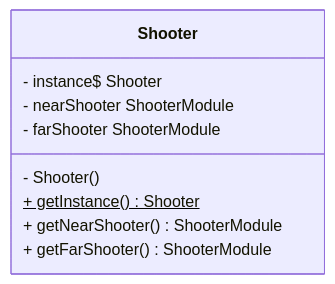
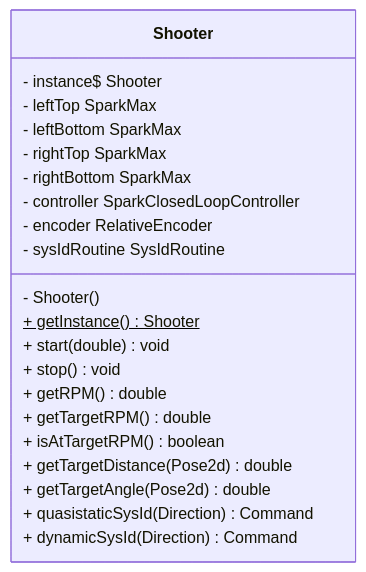
The diagram in src/uml/frc/robot/subsystems/Shooter.mmd (LakotaRobotics1038/2026RobotProject), drawn with Mermaid before and after one commit. The commit also changed 78 other files, not shown here.

Commit message:
Update uml

```diff
--- a/src/uml/frc/robot/subsystems/Shooter.mmd
+++ b/src/uml/frc/robot/subsystems/Shooter.mmd
@@ -1,12 +1,24 @@
 classDiagram
   direction LR
 
   class Shooter {
     - instance$ Shooter
-    - nearShooter ShooterModule
-    - farShooter ShooterModule
+    - leftTop SparkMax
+    - leftBottom SparkMax
+    - rightTop SparkMax
+    - rightBottom SparkMax
+    - controller SparkClosedLoopController
+    - encoder RelativeEncoder
+    - sysIdRoutine SysIdRoutine
     - Shooter()
     + getInstance()$ Shooter
-    + getNearShooter() ShooterModule
-    + getFarShooter() ShooterModule
+    + start(double) void
+    + stop() void
+    + getRPM() double
+    + getTargetRPM() double
+    + isAtTargetRPM() boolean
+    + getTargetDistance(Pose2d) double
+    + getTargetAngle(Pose2d) double
+    + quasistaticSysId(Direction) Command
+    + dynamicSysId(Direction) Command
   }
```
